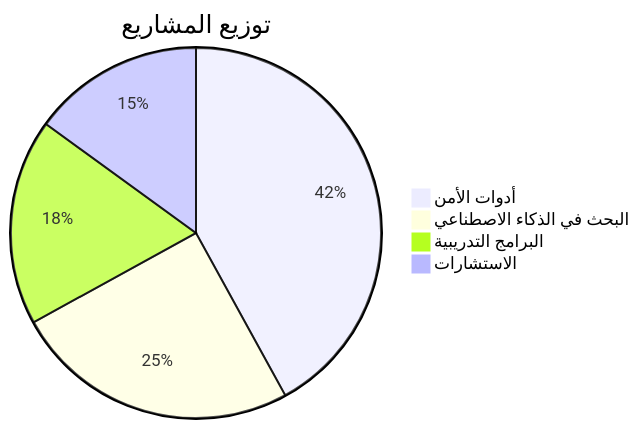
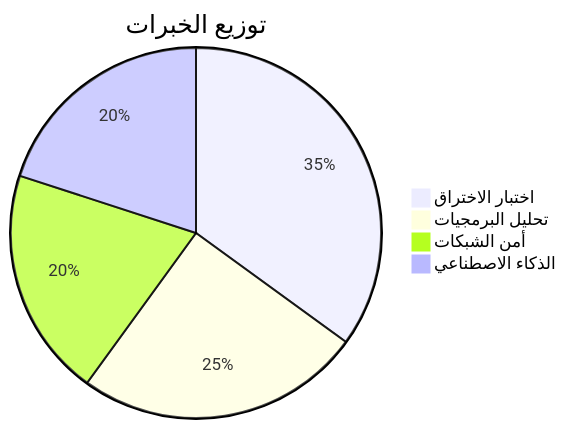
Before and after one commit to blackwolf-git/blackwolf-git: the diagram in README.md, drawn with Mermaid. The commit also changed other lines of this file, not shown here.

````diff
--- a/README.md
+++ b/README.md
@@ -44,8 +64,8 @@
 ```mermaid
 pie
-  title توزيع المشاريع
-  "أدوات الأمن" : 42
-  "البحث في الذكاء الاصطناعي" : 25
-  "البرامج التدريبية" : 18
-  "الاستشارات" : 15
+  title توزيع الخبرات
+  "اختبار الاختراق" : 35
+  "تحليل البرمجيات" : 25
+  "أمن الشبكات" : 20
+  "الذكاء الاصطناعي" : 20
 ```
````
